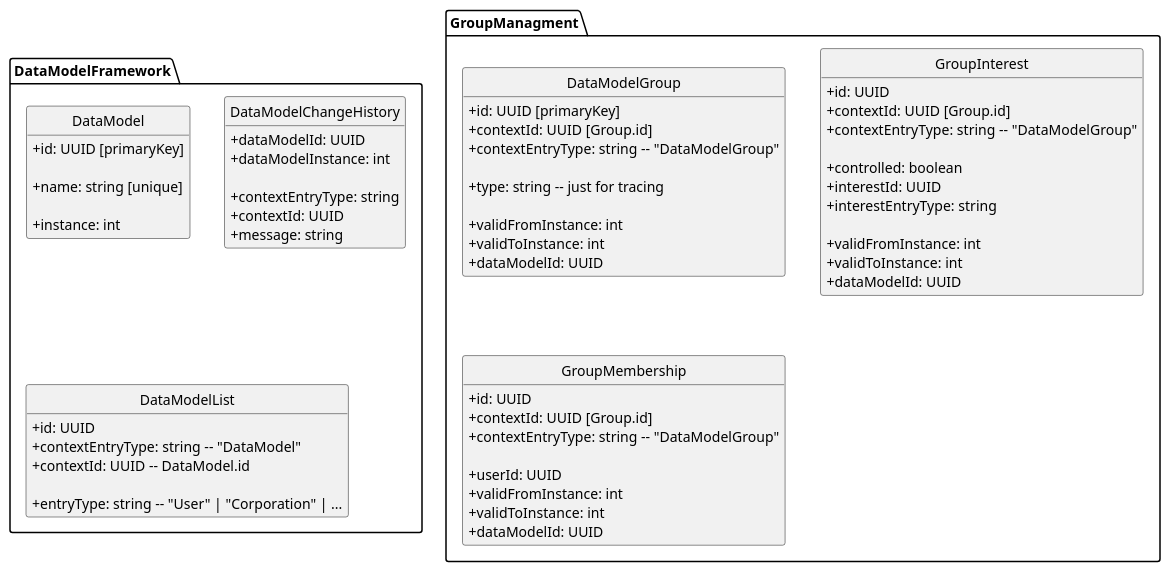
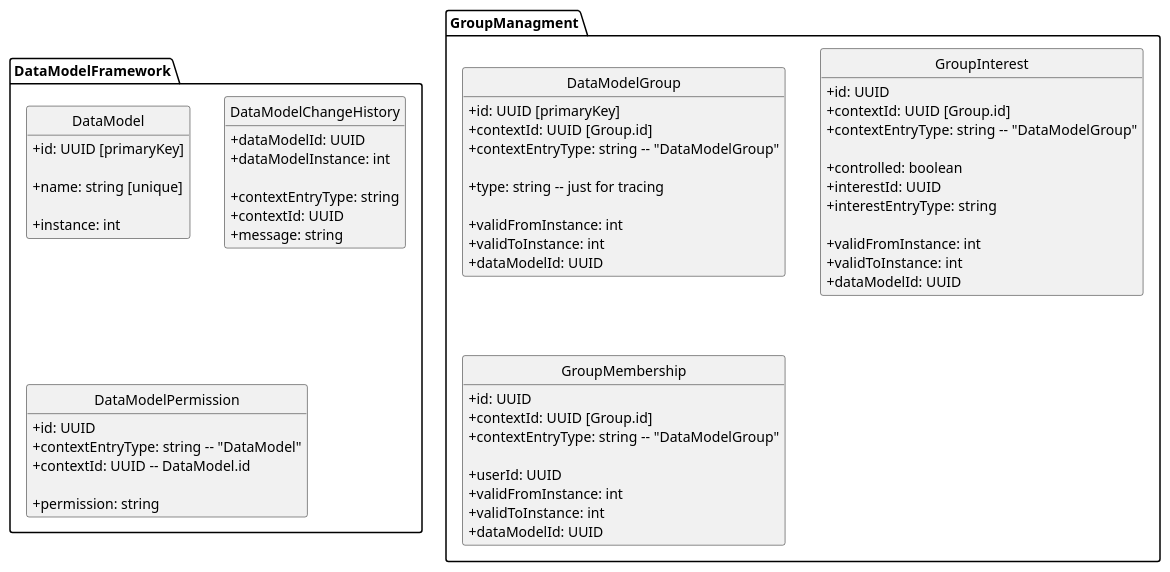
One commit to dertseha/eve-upro changed the diagram in eve-upro/uml/DataBase_Basic.plantuml. Above: the diagram before and after it, drawn with PlantUML. The commit also changed 1 other file, not shown here.

Commit message:
#16 Refined user table design - Instead of a global 'list' table, this might become a permission table - User tables are self contained, no plans for a stored CREST token

```diff
--- a/eve-upro/uml/DataBase_Basic.plantuml
+++ b/eve-upro/uml/DataBase_Basic.plantuml
@@ -1,78 +1,78 @@
 @startuml
 skinparam classAttributeIconSize 0
 hide empty members
 hide circle
 
 package DataModelFramework {
 
 class DataModel {
    + id: UUID [primaryKey]
 
    + name: string [unique]
 
    + instance: int
 }
 
 class DataModelChangeHistory {
    + dataModelId: UUID
    + dataModelInstance: int
 
    + contextEntryType: string   
    + contextId: UUID
    + message: string
 }
 
-class DataModelList {
+class DataModelPermission {
    + id: UUID
    + contextEntryType: string -- "DataModel"   
    + contextId: UUID -- DataModel.id
    
-   + entryType: string -- "User" | "Corporation" | ...
+   + permission: string
 }
 
 }
 
 package GroupManagment {
 
 class DataModelGroup {
    + id: UUID [primaryKey]
    + contextId: UUID [Group.id]
    + contextEntryType: string -- "DataModelGroup"
    
    + type: string -- just for tracing
    
    + validFromInstance: int
    + validToInstance: int
    + dataModelId: UUID
 }
 
 class GroupInterest {
    + id: UUID
    + contextId: UUID [Group.id]
    + contextEntryType: string -- "DataModelGroup"
 
    + controlled: boolean   
    + interestId: UUID
    + interestEntryType: string
    
    + validFromInstance: int
    + validToInstance: int
    + dataModelId: UUID
 }
 
 class GroupMembership {
    + id: UUID
    + contextId: UUID [Group.id]
    + contextEntryType: string -- "DataModelGroup"
    
    + userId: UUID
    + validFromInstance: int
    + validToInstance: int
    + dataModelId: UUID
 }
 
 
 }
 
 
 @enduml
```
